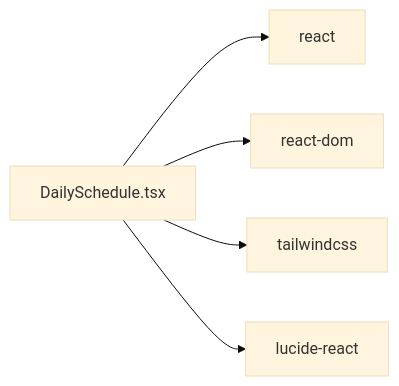
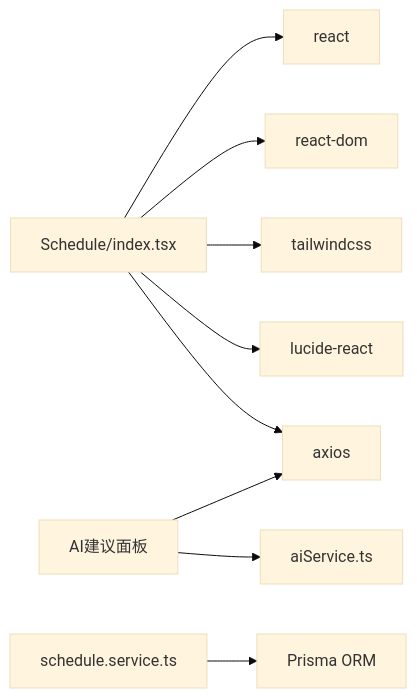
One commit to xianjianshenqu/SalesFlow-CRM changed the eighth of 8 diagrams in .qoder/repowiki/zh/content/核心组件/日程管理组件 (DailySchedule).md. Above: the diagram before and after it, drawn with Mermaid (base theme). The commit also changed other lines of this file and 15 other files, not shown here.

````diff
--- a/.qoder/repowiki/zh/content/核心组件/日程管理组件 (DailySchedule).md
+++ b/.qoder/repowiki/zh/content/核心组件/日程管理组件 (DailySchedule).md
@@ -216,7 +329,11 @@
 ```mermaid
 graph LR
-DS["DailySchedule.tsx"] --> R["react"]
+DS["Schedule/index.tsx"] --> R["react"]
 DS --> RD["react-dom"]
 DS --> TW["tailwindcss"]
 DS --> LC["lucide-react"]
+DS --> AX["axios"]
+AI["AI建议面板"] --> AIS["aiService.ts"]
+AI --> AX
+SVC["schedule.service.ts"] --> PRISMA["Prisma ORM"]
 ```
````
